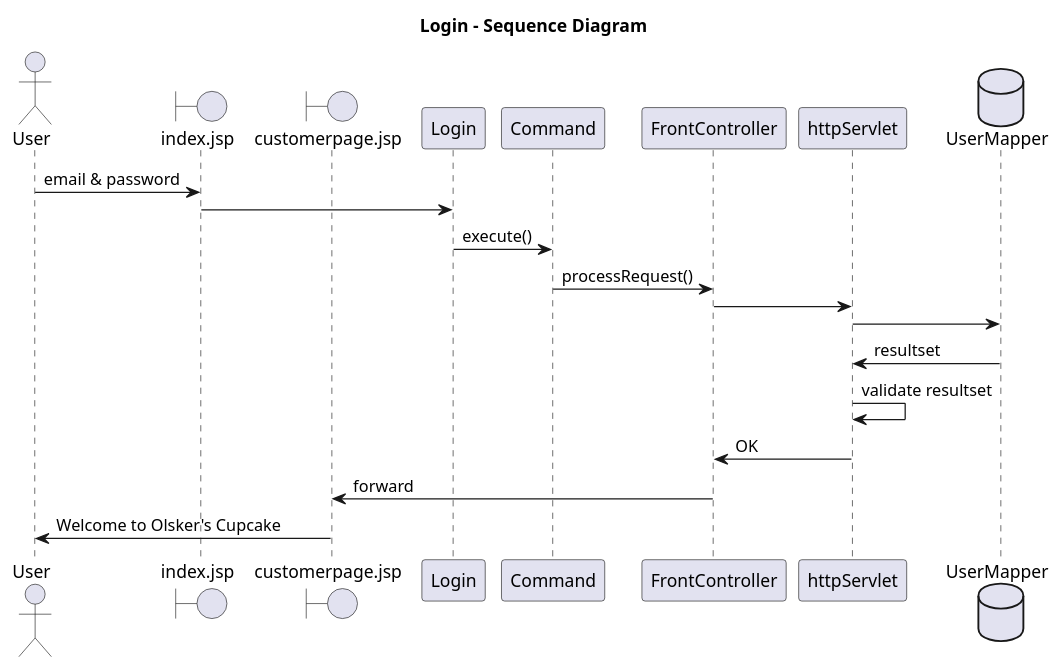
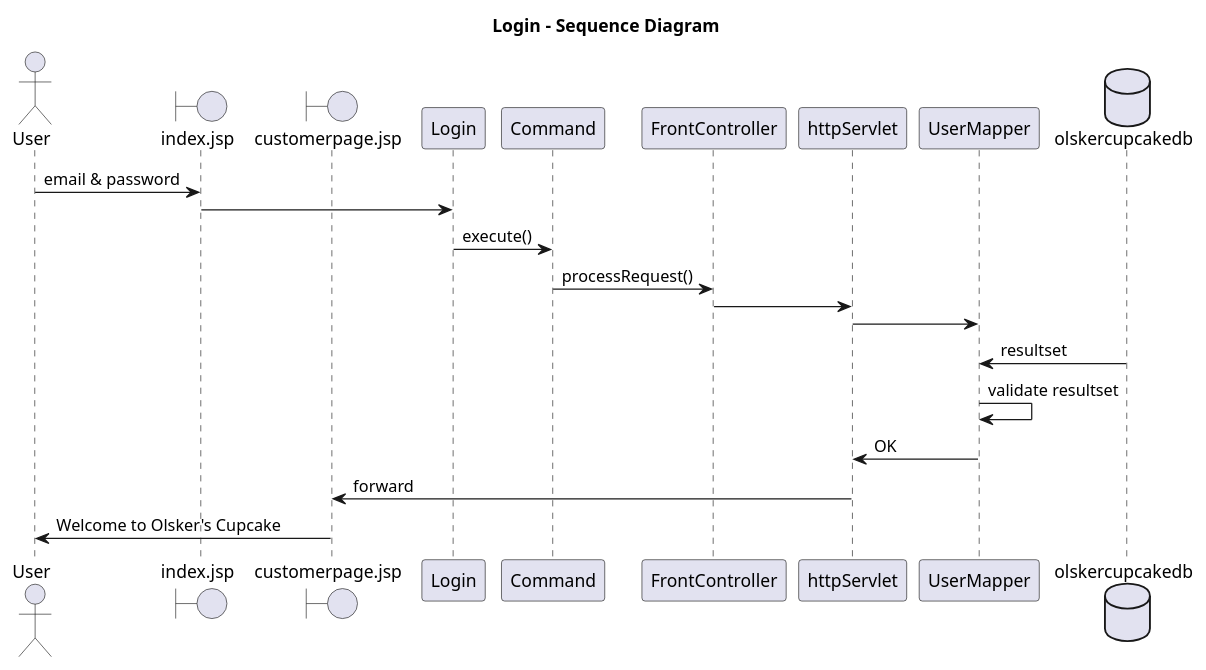
One commit to MivleDK/olskercupcake changed the diagram in OlskerCupcakes/UML/Sequence.puml. Above: the diagram before and after it, drawn with PlantUML.

Commit message:
Det rigtige sekevens diagram udkast

```diff
--- a/OlskerCupcakes/UML/Sequence.puml
+++ b/OlskerCupcakes/UML/Sequence.puml
@@ -1,27 +1,28 @@
 @startuml
 
 title "Login - Sequence Diagram"
 
 actor User
 boundary index.jsp
 boundary customerpage.jsp
 participant Login
 participant Command
 participant FrontController
 participant httpServlet
-database UserMapper
+participant UserMapper
+database olskercupcakedb
 
 User -> index.jsp : email & password
 index.jsp -> Login
 Login -> Command: execute()
 Command -> FrontController: processRequest()
 FrontController -> httpServlet:
 httpServlet -> UserMapper:
 
-UserMapper -> httpServlet: resultset
-httpServlet -> httpServlet: validate resultset
-httpServlet -> FrontController: OK
-FrontController -> customerpage.jsp: forward
+olskercupcakedb -> UserMapper: resultset
+UserMapper -> UserMapper: validate resultset
+UserMapper -> httpServlet: OK
+httpServlet -> customerpage.jsp: forward
 customerpage.jsp -> User: Welcome to Olsker's Cupcake
 
 @enduml
```
